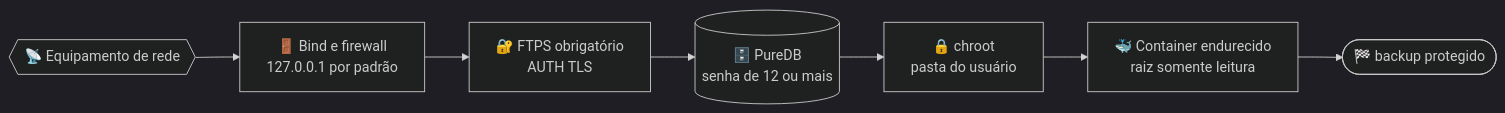
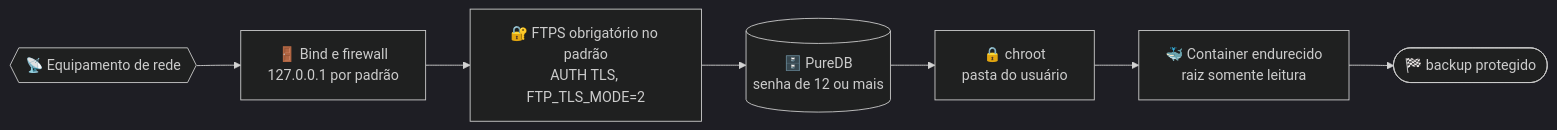
Before and after one commit to CarlosSuporteISP/allsafe-ftp-stack: the diagram in doc/diagramas/seguranca-diagrama.mmd, drawn with Mermaid. The commit also changed 36 other files, not shown here.

```diff
--- a/doc/diagramas/seguranca-diagrama.mmd
+++ b/doc/diagramas/seguranca-diagrama.mmd
@@ -1,11 +1,11 @@
 %%{init: {"theme": "dark"}}%%
 flowchart LR
     equip@{ shape: hex, label: "📡 Equipamento de rede" }
     bind@{ shape: rect, label: "🚪 Bind e firewall<br>127.0.0.1 por padrão" }
-    tls@{ shape: rect, label: "🔐 FTPS obrigatório<br>AUTH TLS" }
+    tls@{ shape: rect, label: "🔐 FTPS obrigatório no padrão<br>AUTH TLS, FTP_TLS_MODE=2" }
     puredb@{ shape: cyl, label: "🗄️ PureDB<br>senha de 12 ou mais" }
     chroot@{ shape: rect, label: "🔒 chroot<br>pasta do usuário" }
     container@{ shape: rect, label: "🐳 Container endurecido<br>raiz somente leitura" }
     fim@{ shape: stadium, label: "🏁 backup protegido" }
 
     equip --> bind --> tls --> puredb --> chroot --> container --> fim
```
